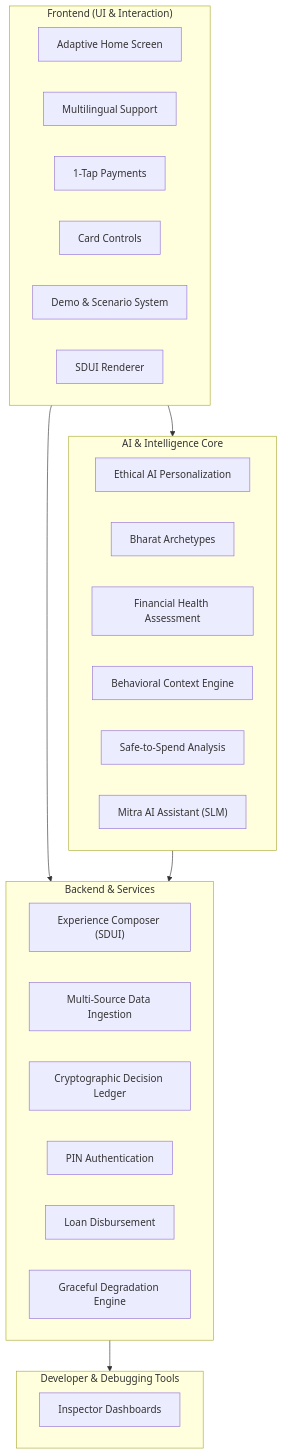
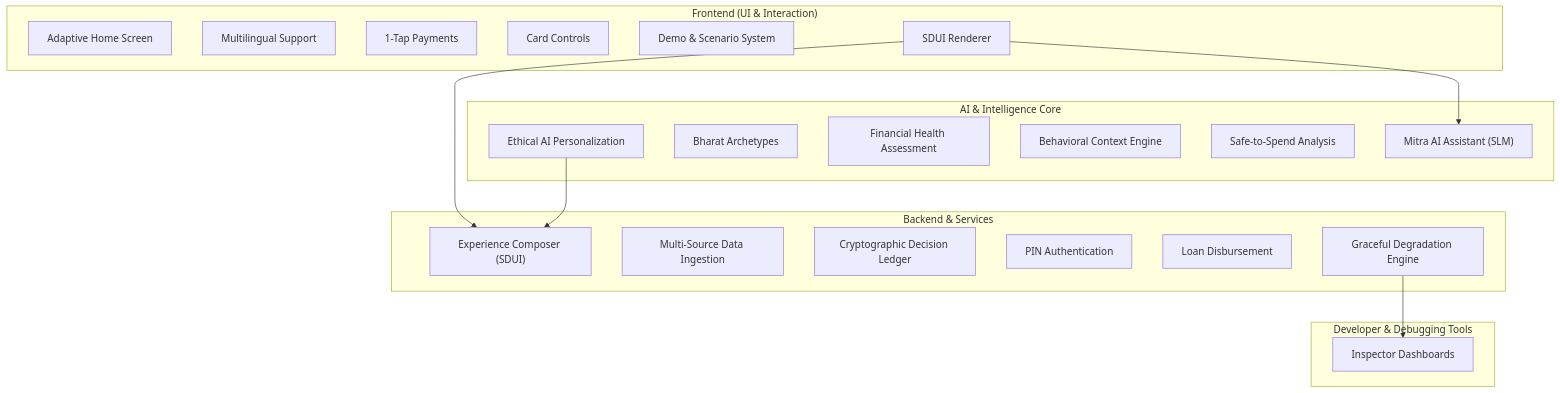
Before and after one commit to Neutron-0/ABC-Bank: the first of 6 diagrams in docs/features/overview.md, drawn with Mermaid. The commit also changed other lines of this file and 33 other files, not shown here.

````diff
--- a/docs/features/overview.md
+++ b/docs/features/overview.md
@@ -9,39 +9,39 @@
 ```mermaid
 flowchart TD
     %% Use safe node names with quotes for complex labels
     subgraph Frontend ["Frontend (UI & Interaction)"]
         AdaptiveHome["Adaptive Home Screen"]
         MultiLang["Multilingual Support"]
         OneTap["1-Tap Payments"]
         CardControls["Card Controls"]
         DemoSystem["Demo & Scenario System"]
         SDUIRender["SDUI Renderer"]
     end
 
     subgraph Intelligence ["AI & Intelligence Core"]
         EthicalAI["Ethical AI Personalization"]
         Archetypes["Bharat Archetypes"]
         FinHealth["Financial Health Assessment"]
         BehavContext["Behavioral Context Engine"]
         SpendAnalysis["Safe-to-Spend Analysis"]
         MitraAI["Mitra AI Assistant (SLM)"]
     end
 
     subgraph Backend ["Backend & Services"]
         SDUIComposer["Experience Composer (SDUI)"]
         DataIngest["Multi-Source Data Ingestion"]
         Ledger["Cryptographic Decision Ledger"]
         AuthSystem["PIN Authentication"]
         LoanService["Loan Disbursement"]
         Degradation["Graceful Degradation Engine"]
     end
 
     subgraph Tooling ["Developer & Debugging Tools"]
         Inspector["Inspector Dashboards"]
     end
 
-    Frontend --> Intelligence
-    Frontend --> Backend
-    Intelligence --> Backend
-    Backend --> Tooling
+    SDUIRender --> MitraAI
+    SDUIRender --> SDUIComposer
+    EthicalAI --> SDUIComposer
+    Degradation --> Inspector
 ```
````
